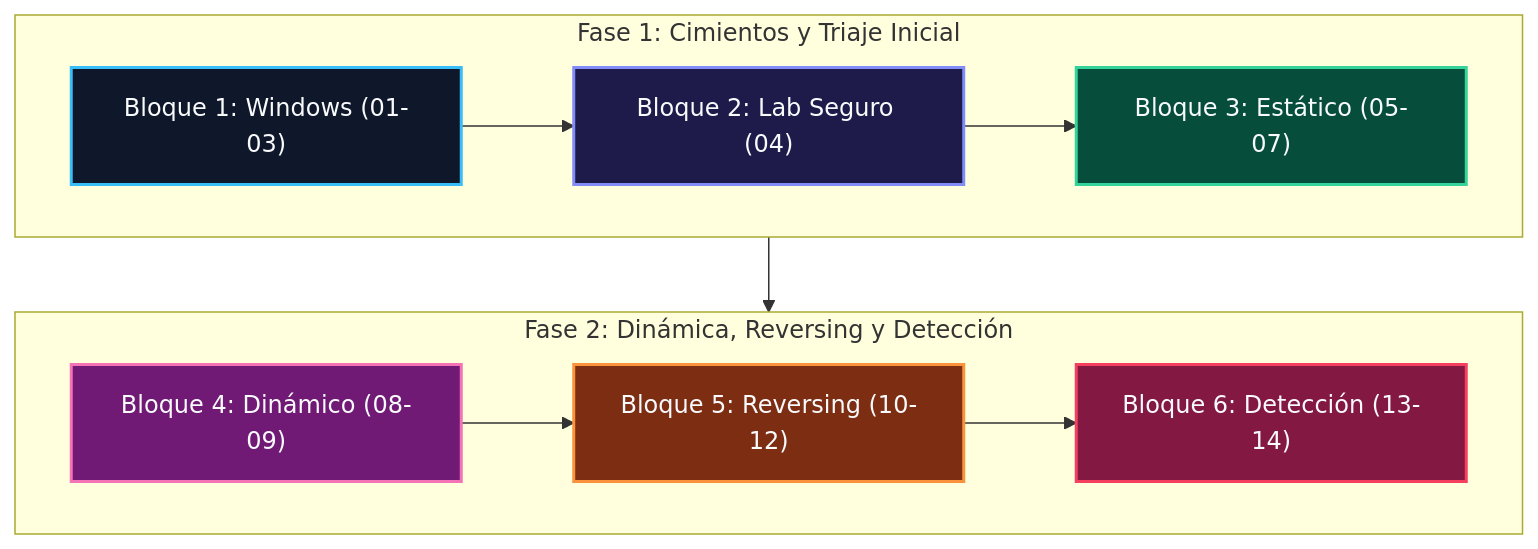
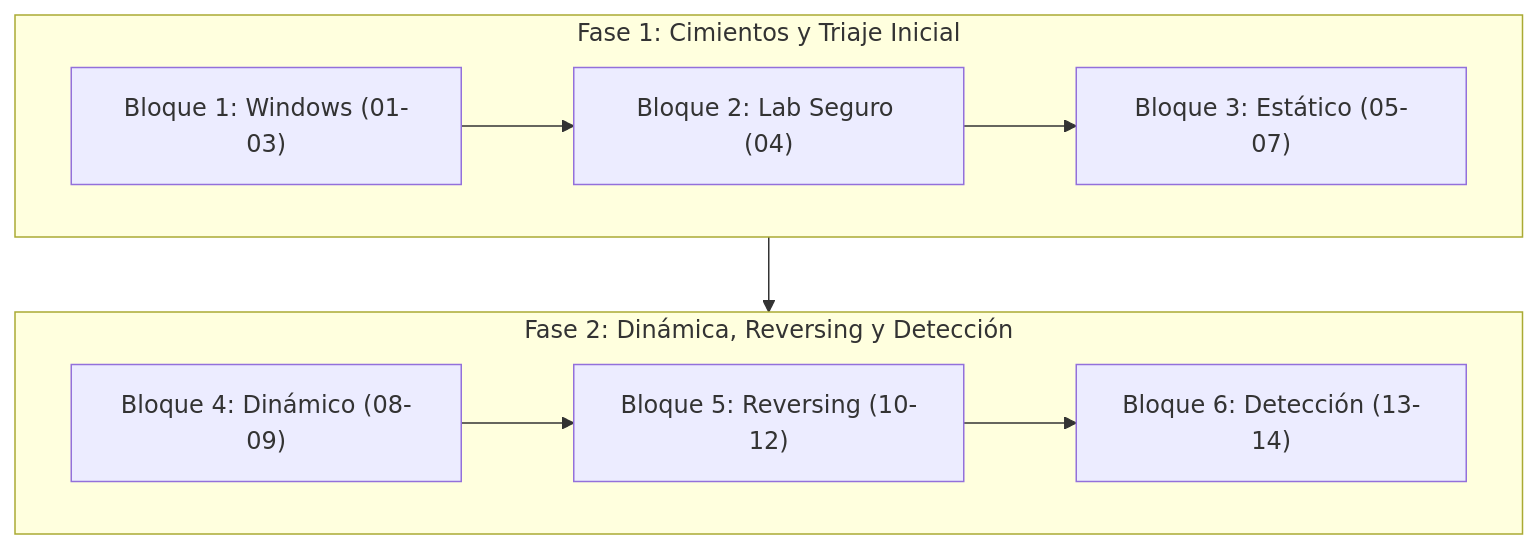
One commit to purpesec/Cybersecurity-For-Beginners changed the second of 2 diagrams in malware-analysis/README.md. Above: the diagram before and after it, drawn with Mermaid. The commit also changed other lines of this file and 4 other files, not shown here.

Commit message:
style: remover classDef y colores personalizados para usar estilo nativo estandar de Mermaid

````diff
--- a/malware-analysis/README.md
+++ b/malware-analysis/README.md
@@ -30,21 +25,14 @@
 ```mermaid
 flowchart TD
-    classDef b1 fill:#0f172a,stroke:#38bdf8,stroke-width:2px,color:#f8fafc;
-    classDef b2 fill:#064e3b,stroke:#34d399,stroke-width:2px,color:#f8fafc;
-    classDef b3 fill:#701a75,stroke:#f472b6,stroke-width:2px,color:#f8fafc;
-    classDef b4 fill:#7c2d12,stroke:#fb923c,stroke-width:2px,color:#f8fafc;
-    classDef b5 fill:#831843,stroke:#f43f5e,stroke-width:2px,color:#f8fafc;
-    classDef b6 fill:#1e1b4b,stroke:#818cf8,stroke-width:2px,color:#f8fafc;
-
     subgraph F1["Fase 1: Cimientos y Triaje Inicial"]
         direction LR
-        B1["Bloque 1: Windows (01-03)"]:::b1 --> B2["Bloque 2: Lab Seguro (04)"]:::b6 --> B3["Bloque 3: Estático (05-07)"]:::b2
+        B1["Bloque 1: Windows (01-03)"] --> B2["Bloque 2: Lab Seguro (04)"] --> B3["Bloque 3: Estático (05-07)"]
     end
 
     subgraph F2["Fase 2: Dinámica, Reversing y Detección"]
         direction LR
-        B4["Bloque 4: Dinámico (08-09)"]:::b3 --> B5["Bloque 5: Reversing (10-12)"]:::b4 --> B6["Bloque 6: Detección (13-14)"]:::b5
+        B4["Bloque 4: Dinámico (08-09)"] --> B5["Bloque 5: Reversing (10-12)"] --> B6["Bloque 6: Detección (13-14)"]
     end
 
     F1 --> F2
 ```
````
